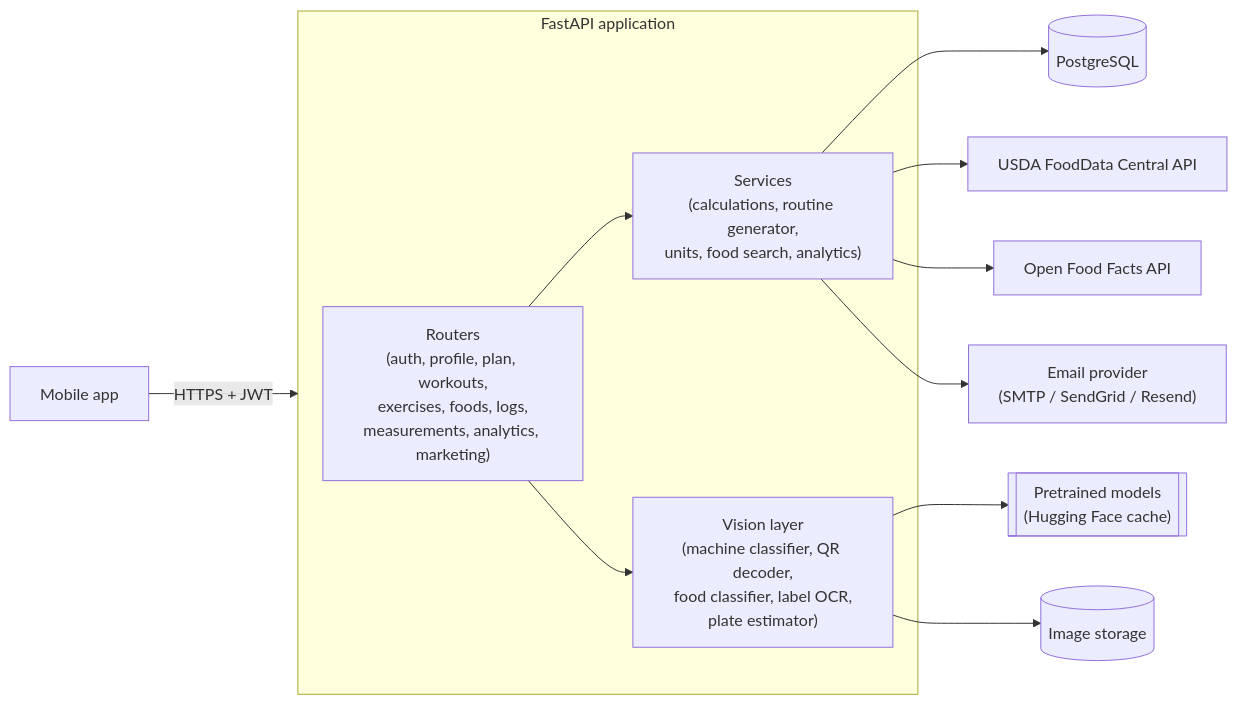
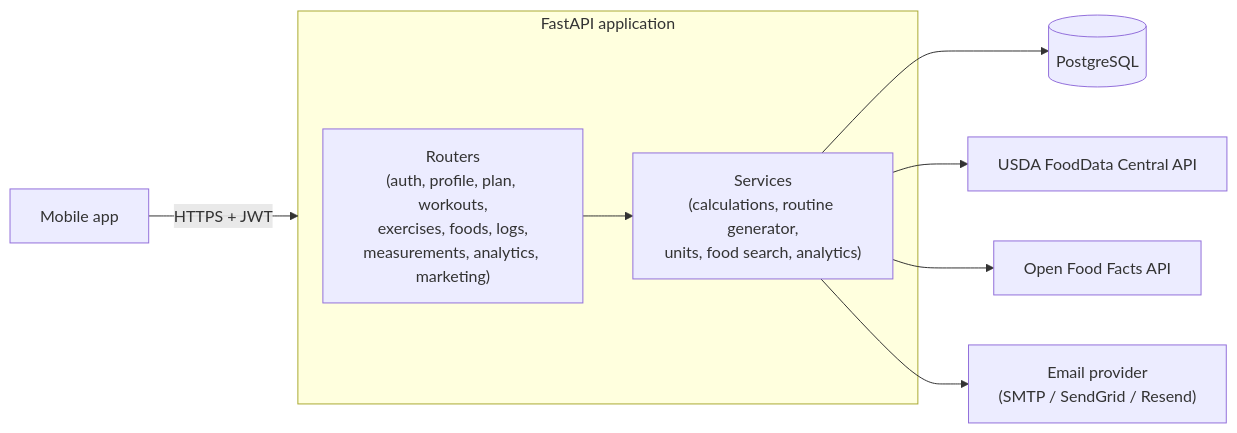
Before and after one commit to EyadAlayed506/fastapi_tutorial: the first of 3 diagrams in fitness_app/ARCHITECTURE.md, drawn with Mermaid. The commit also changed other lines of this file, not shown here.

First line of the commit message:
Remove image features from the fitness app architecture for now

````diff
--- a/fitness_app/ARCHITECTURE.md
+++ b/fitness_app/ARCHITECTURE.md
@@ -39,19 +36,15 @@
 ```mermaid
 flowchart LR
     client["Mobile app"] -->|HTTPS + JWT| api
 
     subgraph api["FastAPI application"]
         routers["Routers<br/>(auth, profile, plan, workouts,<br/>exercises, foods, logs,<br/>measurements, analytics, marketing)"]
         services["Services<br/>(calculations, routine generator,<br/>units, food search, analytics)"]
-        vision["Vision layer<br/>(machine classifier, QR decoder,<br/>food classifier, label OCR,<br/>plate estimator)"]
         routers --> services
-        routers --> vision
     end
 
     services --> db[("PostgreSQL")]
-    vision --> models[["Pretrained models<br/>(Hugging Face cache)"]]
-    vision --> storage[("Image storage")]
     services --> usda["USDA FoodData Central API"]
     services --> off["Open Food Facts API"]
     services --> mail["Email provider<br/>(SMTP / SendGrid / Resend)"]
 ```
````
